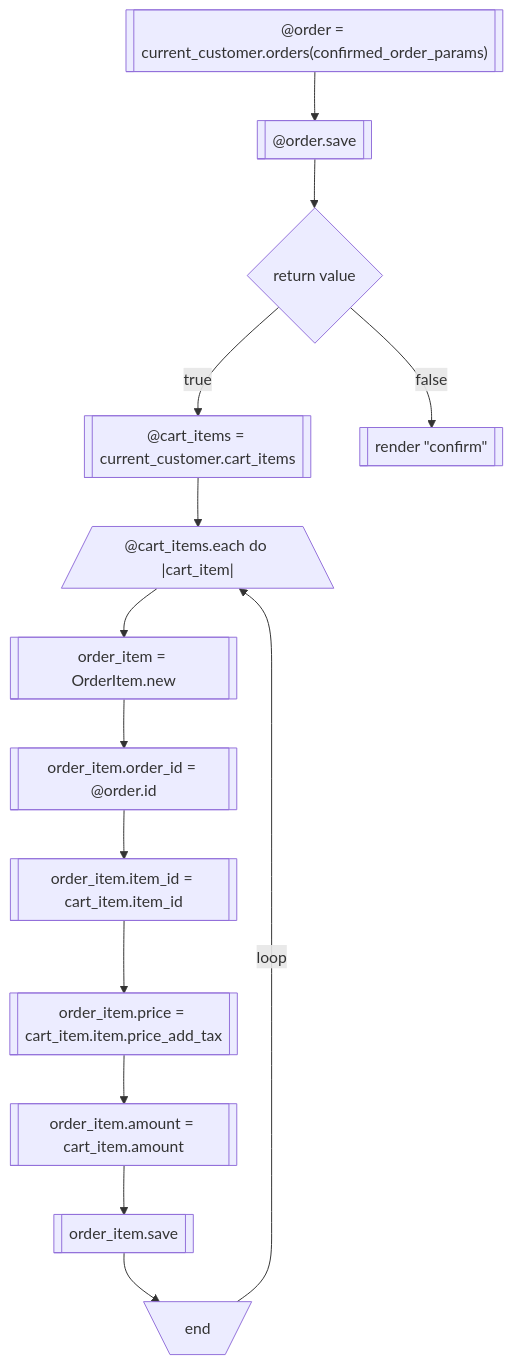
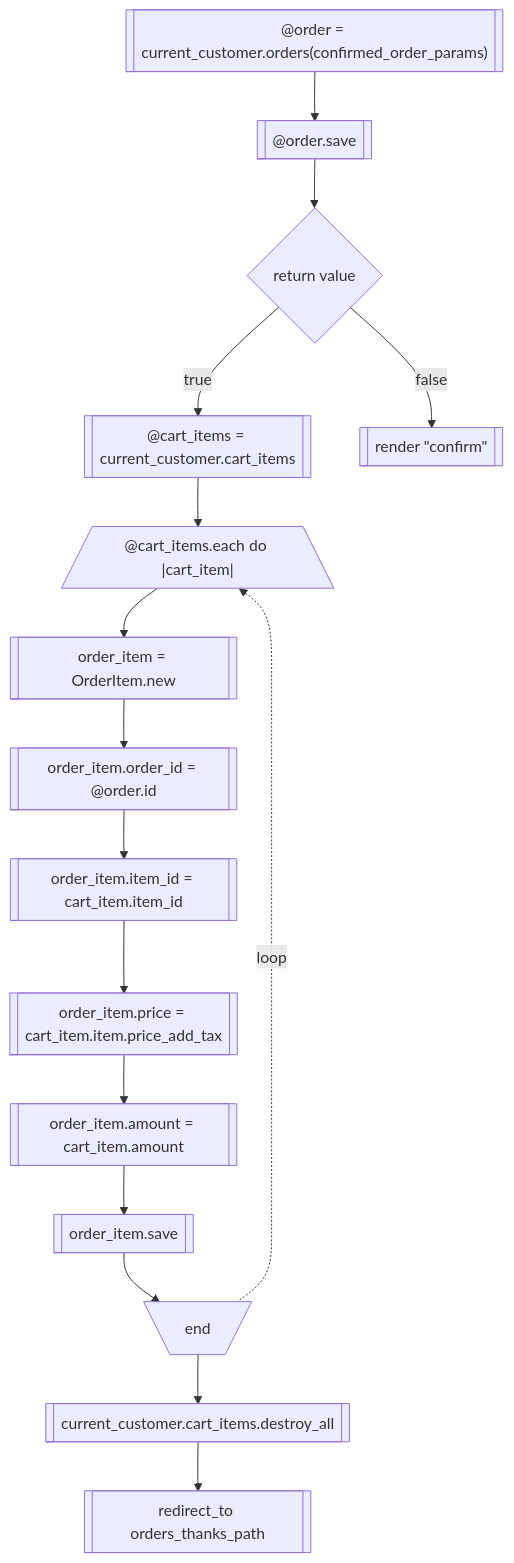
The diagram in flowchart.md (urotansh/git-practice), drawn with Mermaid before and after one commit.

Commit message:
flowchart6

````diff
--- a/flowchart.md
+++ b/flowchart.md
@@ -2,16 +2,18 @@
 ```mermaid
 flowchart TD
 A[["@order = current_customer.orders(confirmed_order_params)"]] --> B[["@"order.save]]
 B --> C{return value}
 C -->|true| D[["@cart_items = current_customer.cart_items"]]
 C{return value} -->|false| E[["render #34;confirm#34;"]]
 D --> F[/"@cart_items.each do |cart_item|"\]
 F --> G[["order_item = OrderItem.new"]]
 G --> H[["order_item.order_id = @order.id"]]
 H --> I[["order_item.item_id = cart_item.item_id"]]
 I --> J[["order_item.price = cart_item.item.price_add_tax"]]
 J --> K[["order_item.amount = cart_item.amount"]]
 K --> L[["order_item.save"]]
 L --> M[\"end"/]
-M -->|loop| F
+M -.->|loop| F
+M --> N[["current_customer.cart_items.destroy_all"]]
+N --> O[["redirect_to orders_thanks_path"]]
 ```
````
